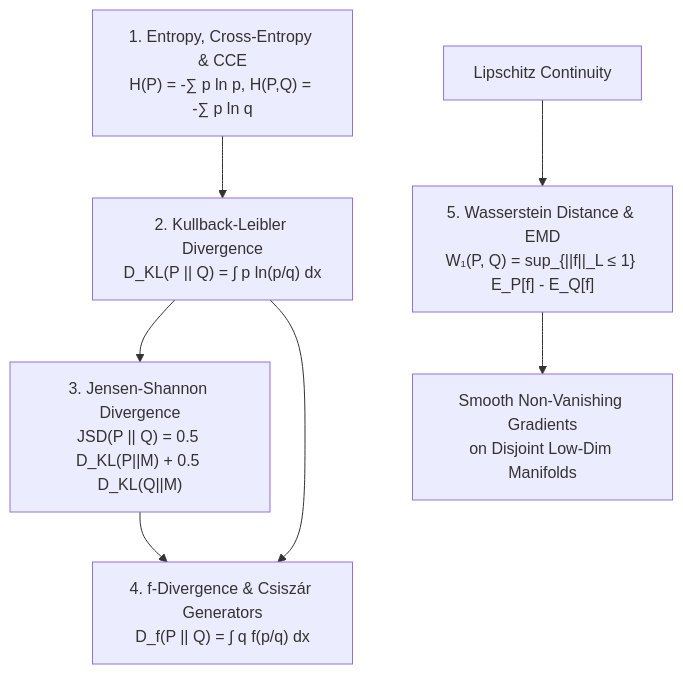
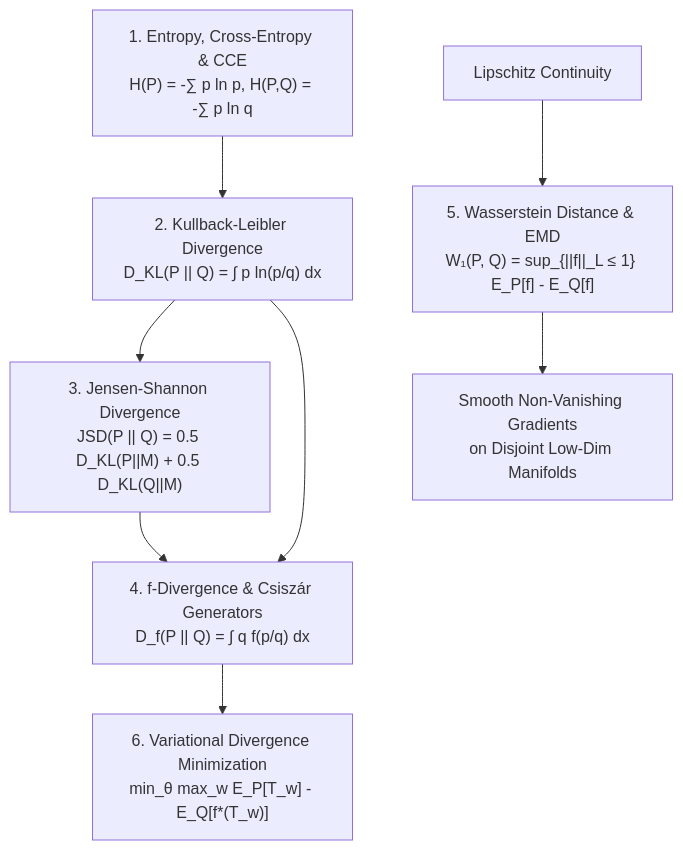
The sixth of 11 diagrams in MathsTerms/CONCEPT_MAP.md (sivanagaraju/Mathematical-Foundations-of-ML), drawn with Mermaid before and after one commit. The commit also changed other lines of this file and 227 other files, not shown here.

````diff
--- a/MathsTerms/CONCEPT_MAP.md
+++ b/MathsTerms/CONCEPT_MAP.md
@@ -422,10 +439,11 @@
 ```mermaid
 flowchart TD
     Entropy["1. Entropy, Cross-Entropy & CCE<br/>H(P) = -∑ p ln p, H(P,Q) = -∑ p ln q"] --> KLDivergence["2. Kullback-Leibler Divergence<br/>D_KL(P || Q) = ∫ p ln(p/q) dx"]
     KLDivergence --> JSDivergence["3. Jensen-Shannon Divergence<br/>JSD(P || Q) = 0.5 D_KL(P||M) + 0.5 D_KL(Q||M)"]
     KLDivergence --> FDivergence["4. f-Divergence & Csiszár Generators<br/>D_f(P || Q) = ∫ q f(p/q) dx"]
     JSDivergence --> FDivergence
+    FDivergence --> VDM["6. Variational Divergence Minimization<br/>min_θ max_w E_P[T_w] - E_Q[f*(T_w)]"]
   
     Lipschitz["Lipschitz Continuity"] --> Wasserstein["5. Wasserstein Distance & EMD<br/>W₁(P, Q) = sup_{||f||_L ≤ 1} E_P[f] - E_Q[f]"]
     Wasserstein --> SmoothGrad["Smooth Non-Vanishing Gradients<br/>on Disjoint Low-Dim Manifolds"]
 ```
````
